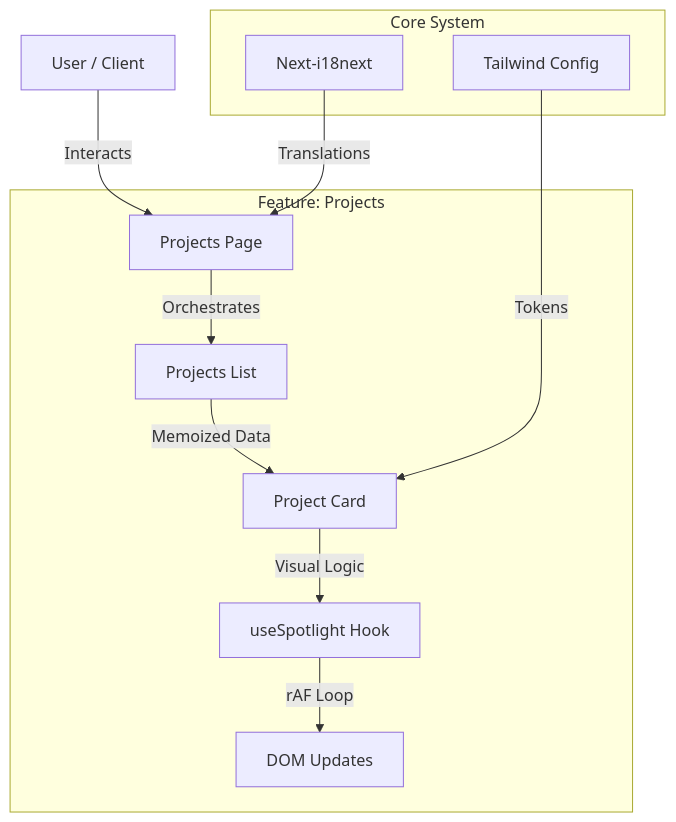
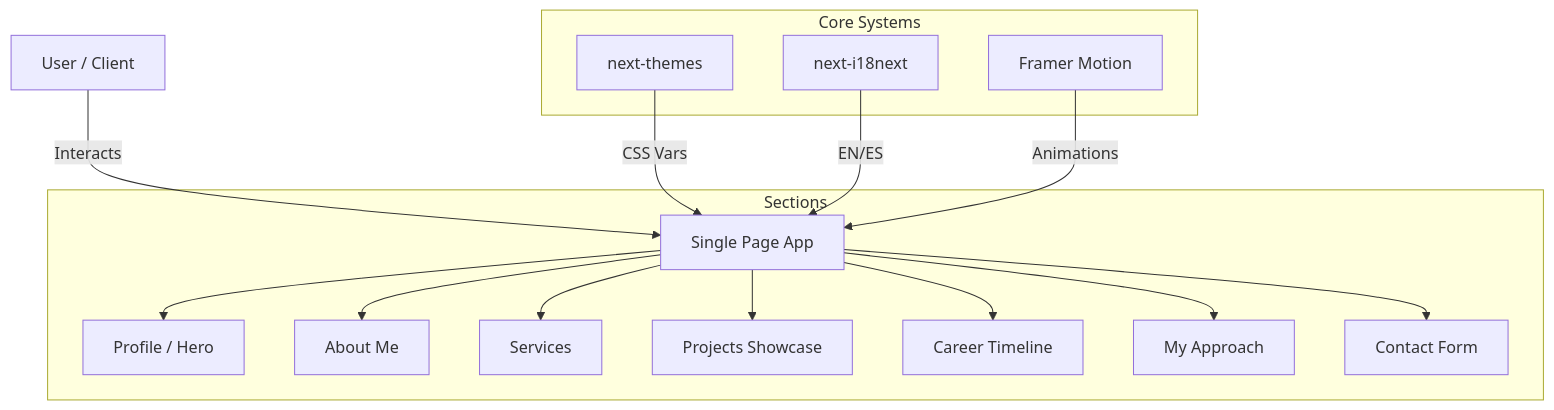
The diagram in README.md (juliandeveloper05/mi-portfolio-2024), drawn with Mermaid before and after one commit. The commit also changed other lines of this file, not shown here.

First line of the commit message:
docs: update README with completed features and new roadmap

````diff
--- a/README.md
+++ b/README.md
@@ -43,16 +50,20 @@
 ```mermaid
 graph TD
-    User[User / Client] -->|Interacts| Page[Projects Page]
-    
-    subgraph "Feature: Projects"
-        Page -->|Orchestrates| List[Projects List]
-        List -->|Memoized Data| Card[Project Card]
-        Card -->|Visual Logic| Hook[useSpotlight Hook]
-        Hook -->|rAF Loop| DOM[DOM Updates]
+    User[User / Client] -->|Interacts| Page[Single Page App]
+
+    subgraph "Sections"
+        Page --> Profile[Profile / Hero]
+        Page --> About[About Me]
+        Page --> Services[Services]
+        Page --> Projects[Projects Showcase]
+        Page --> Timeline[Career Timeline]
+        Page --> Approach[My Approach]
+        Page --> Contact[Contact Form]
     end
-    
-    subgraph "Core System"
-        Style[Tailwind Config] -->|Tokens| Card
-        I18n[Next-i18next] -->|Translations| Page
+
+    subgraph "Core Systems"
+        Theme[next-themes] -->|CSS Vars| Page
+        I18n[next-i18next] -->|EN/ES| Page
+        Anim[Framer Motion] -->|Animations| Page
     end
 ```
````
